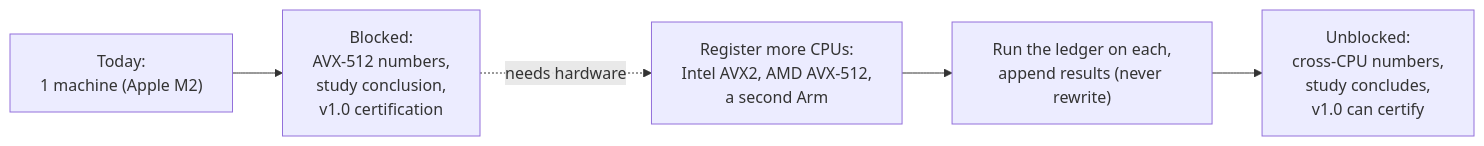
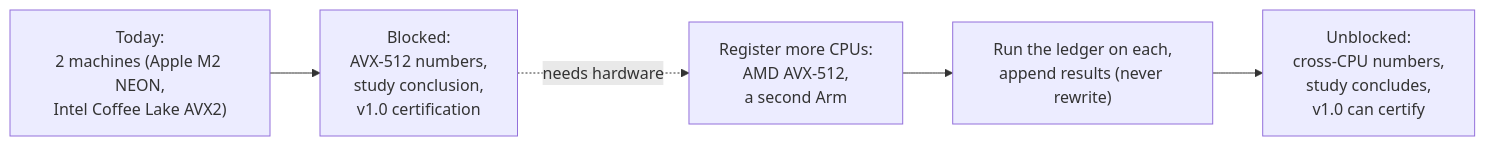
One commit to div0rce/quiver changed the diagram in docs/benchmarks/hardware-coverage-plan.md. Above: the diagram before and after it, drawn with Mermaid. The commit also changed other lines of this file and 88 other files, not shown here.

````diff
--- a/docs/benchmarks/hardware-coverage-plan.md
+++ b/docs/benchmarks/hardware-coverage-plan.md
@@ -8,7 +8,7 @@
 ```mermaid
 flowchart LR
-  NOW["Today:<br/>1 machine (Apple M2)"] --> BLK["Blocked:<br/>AVX-512 numbers,<br/>study conclusion,<br/>v1.0 certification"]
-  ADD["Register more CPUs:<br/>Intel AVX2, AMD AVX-512,<br/>a second Arm"] --> RUN["Run the ledger on each,<br/>append results (never rewrite)"]
+  NOW["Today:<br/>2 machines (Apple M2 NEON,<br/>Intel Coffee Lake AVX2)"] --> BLK["Blocked:<br/>AVX-512 numbers,<br/>study conclusion,<br/>v1.0 certification"]
+  ADD["Register more CPUs:<br/>AMD AVX-512,<br/>a second Arm"] --> RUN["Run the ledger on each,<br/>append results (never rewrite)"]
   RUN --> OK["Unblocked:<br/>cross-CPU numbers,<br/>study concludes,<br/>v1.0 can certify"]
   BLK -. "needs hardware" .-> ADD
 ```
````
